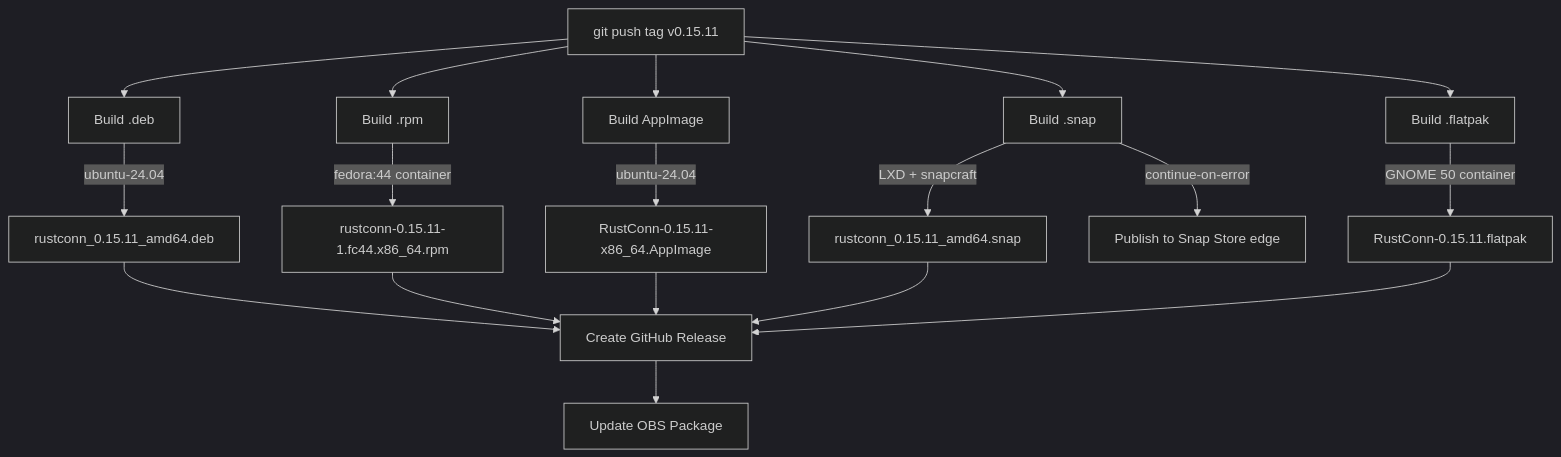
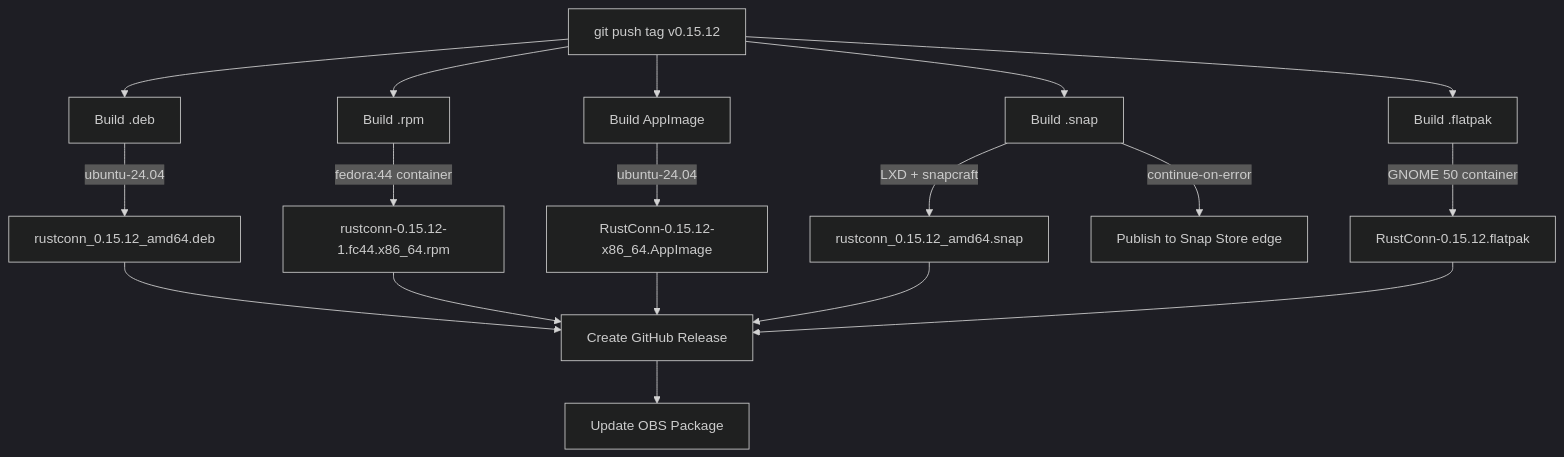
Before and after one commit to shanecaf/RustConn: the third of 6 diagrams in docs/CI_BUILD_FLOW.md, drawn with Mermaid (dark theme). The commit also changed other lines of this file and 23 other files, not shown here.

````diff
--- a/docs/CI_BUILD_FLOW.md
+++ b/docs/CI_BUILD_FLOW.md
@@ -56,24 +56,24 @@
 ```mermaid
 graph TD
-    Tag[git push tag v0.15.11] --> BuildDeb[Build .deb]
+    Tag[git push tag v0.15.12] --> BuildDeb[Build .deb]
     Tag --> BuildRPM[Build .rpm]
     Tag --> BuildAppImage[Build AppImage]
     Tag --> BuildSnap[Build .snap]
     Tag --> BuildFlatpak[Build .flatpak]
 
-    BuildDeb --> |ubuntu-24.04| DebArtifact[rustconn_0.15.11_amd64.deb]
-    BuildRPM --> |fedora:44 container| RPMArtifact[rustconn-0.15.11-1.fc44.x86_64.rpm]
-    BuildAppImage --> |ubuntu-24.04| AppImageArtifact[RustConn-0.15.11-x86_64.AppImage]
-    BuildSnap --> |LXD + snapcraft| SnapArtifact[rustconn_0.15.11_amd64.snap]
-    BuildFlatpak --> |GNOME 50 container| FlatpakArtifact[RustConn-0.15.11.flatpak]
+    BuildDeb --> |ubuntu-24.04| DebArtifact[rustconn_0.15.12_amd64.deb]
+    BuildRPM --> |fedora:44 container| RPMArtifact[rustconn-0.15.12-1.fc44.x86_64.rpm]
+    BuildAppImage --> |ubuntu-24.04| AppImageArtifact[RustConn-0.15.12-x86_64.AppImage]
+    BuildSnap --> |LXD + snapcraft| SnapArtifact[rustconn_0.15.12_amd64.snap]
+    BuildFlatpak --> |GNOME 50 container| FlatpakArtifact[RustConn-0.15.12.flatpak]
 
     BuildSnap --> |continue-on-error| SnapStore[Publish to Snap Store edge]
 
     DebArtifact --> Release[Create GitHub Release]
     RPMArtifact --> Release
     AppImageArtifact --> Release
     SnapArtifact --> Release
     FlatpakArtifact --> Release
 
     Release --> UpdateOBS[Update OBS Package]
 ```
````
